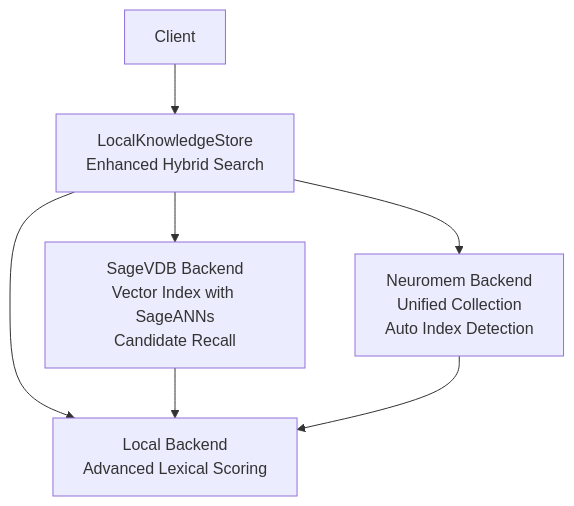
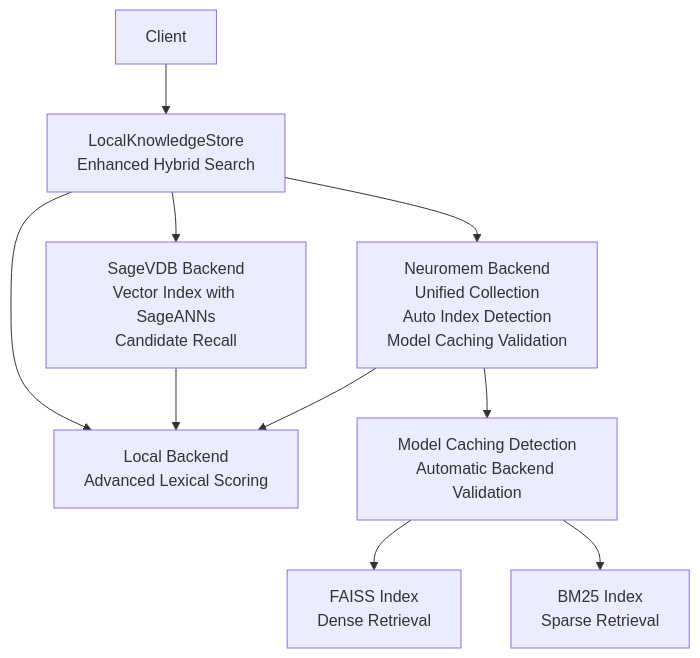
One commit to intellistream/sage-mate changed the second of 11 diagrams in .qoder/repowiki/en/content/Knowledge Management/Knowledge Base Storage.md. Above: the diagram before and after it, drawn with Mermaid. The commit also changed other lines of this file and 53 other files, not shown here.

````diff
--- a/.qoder/repowiki/en/content/Knowledge Management/Knowledge Base Storage.md
+++ b/.qoder/repowiki/en/content/Knowledge Management/Knowledge Base Storage.md
@@ -127,14 +138,17 @@
 ```mermaid
 graph TB
 Client["Client"]
 Store["LocalKnowledgeStore<br/>Enhanced Hybrid Search"]
 Local["Local Backend<br/>Advanced Lexical Scoring"]
 SageVDB["SageVDB Backend<br/>Vector Index with SageANNs<br/>Candidate Recall"]
-Neuromem["Neuromem Backend<br/>Unified Collection<br/>Auto Index Detection"]
+Neuromem["Neuromem Backend<br/>Unified Collection<br/>Auto Index Detection<br/>Model Caching Validation"]
 Client --> Store
 Store --> Local
 Store --> SageVDB
 Store --> Neuromem
 SageVDB --> Local
 Neuromem --> Local
+Neuromem --> Validation["Model Caching Detection<br/>Automatic Backend Validation"]
+Validation --> FAISS["FAISS Index<br/>Dense Retrieval"]
+Validation --> BM25["BM25 Index<br/>Sparse Retrieval"]
 ```
````
